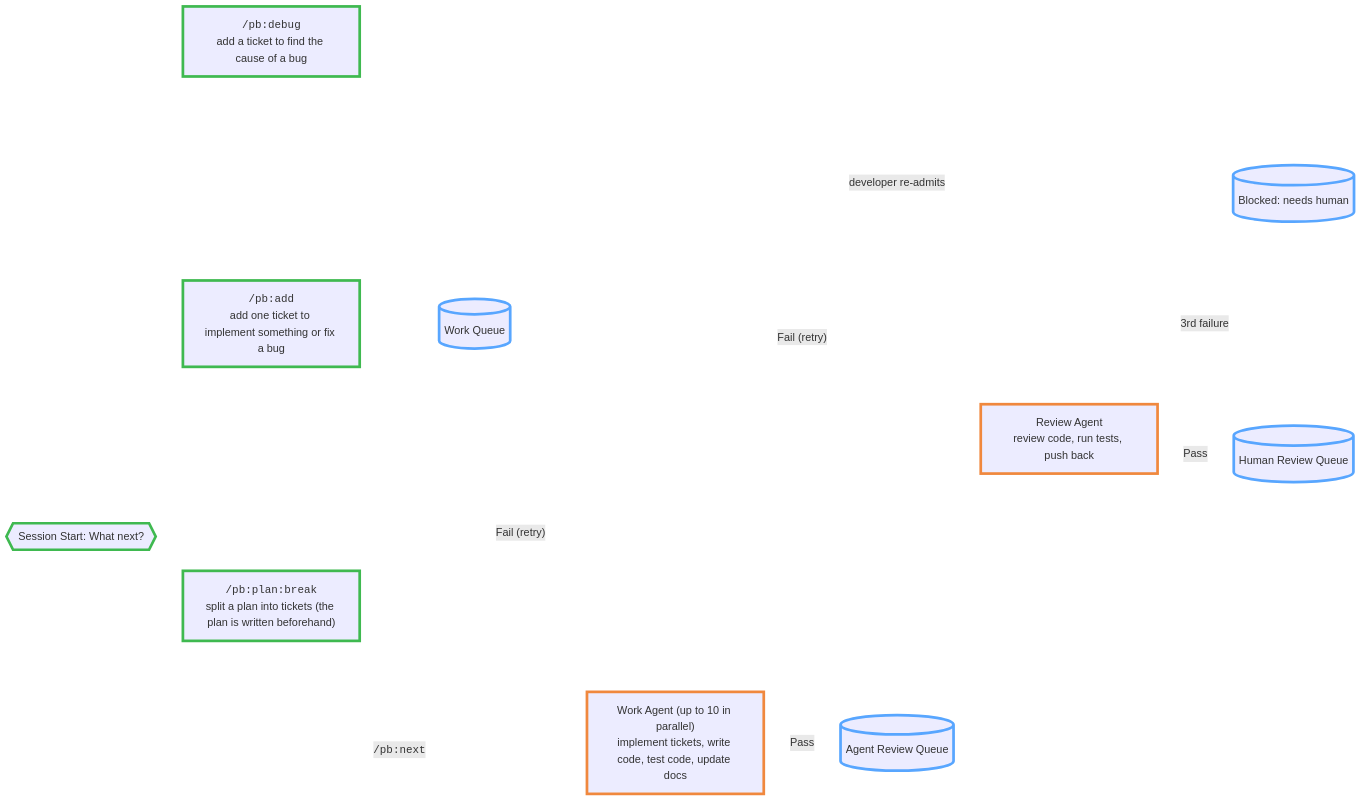
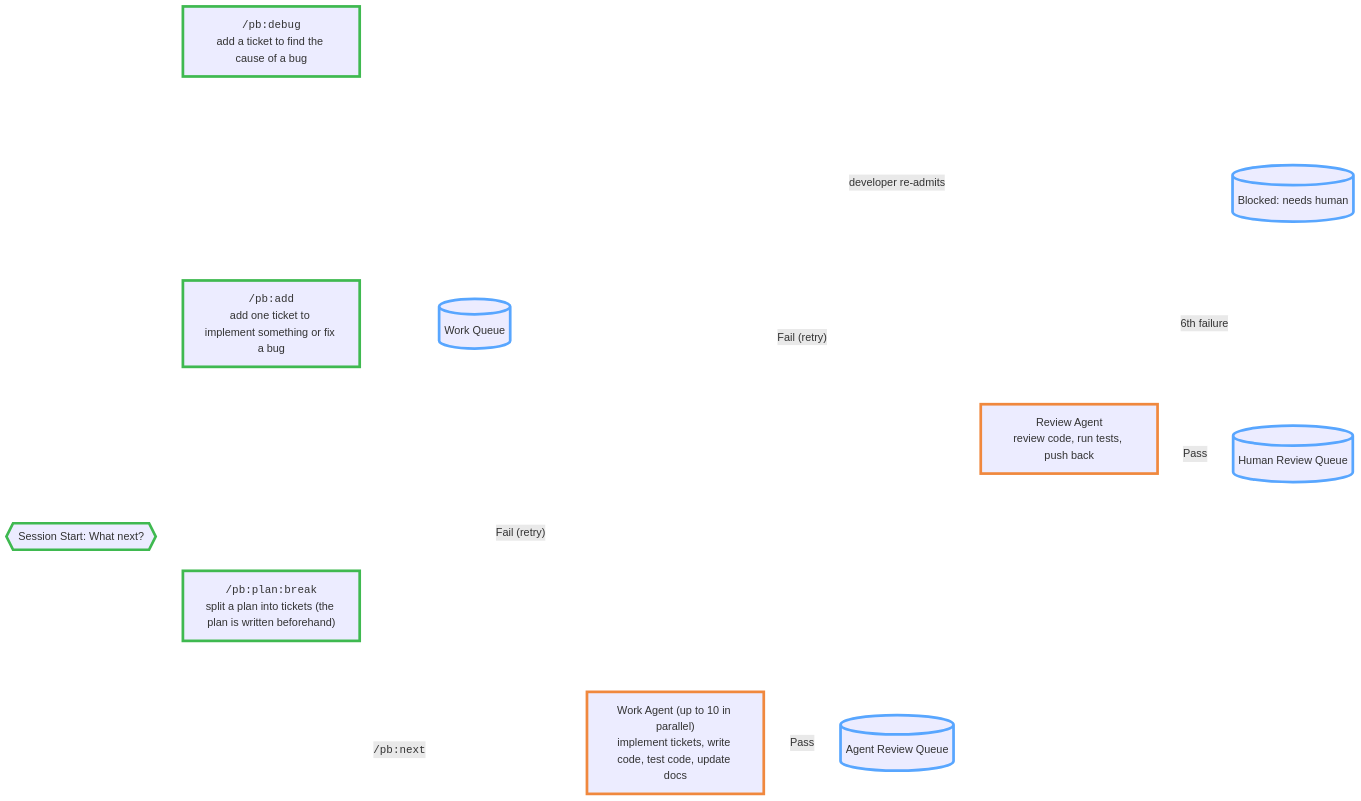
The diagram in images/handbook/pipeline-work-and-review.mmd (ashleydavis/playbook), drawn with Mermaid before and after one commit. The commit also changed 24 other files, not shown here.

```diff
--- a/images/handbook/pipeline-work-and-review.mmd
+++ b/images/handbook/pipeline-work-and-review.mmd
@@ -1,31 +1,31 @@
 %%{init: {'layout': 'dagre', 'flowchart': {'nodeSpacing': 300, 'rankSpacing': 40}, 'themeVariables': {'lineColor': '#ffffff'}, 'themeCSS': '.edgeLabel p { padding: 4px 8px; }'}}%%
 flowchart LR
     SESSION{{"Session Start: What next?"}} --> PLAN
     SESSION --> ADD_WI
     SESSION --> DEBUG
     SESSION -->|"<span style='font-family:monospace'>/pb:next</span>"| IMPL
 
     PLAN["<span style='font-family:monospace'>/pb:plan:break</span><br/>split a plan into tickets (the plan is written beforehand)"] --> WQ
     ADD_WI["<span style='font-family:monospace'>/pb:add</span><br/>add one ticket to implement something or fix a bug"] --> WQ
     DEBUG["<span style='font-family:monospace'>/pb:debug</span><br/>add a ticket to find the cause of a bug"] --> WQ
 
     WQ[("Work Queue")] --> IMPL
 
     IMPL["Work Agent (up to 10 in parallel)<br/>implement tickets, write code, test code, update docs"]
 
     CHK["Review Agent<br/>review code, run tests, push back"]
 
     IMPL -->|Pass| AR[("Agent Review Queue")]
     AR --> CHK
     CHK -->|"Fail (retry)"| WQ
-    CHK -->|"3rd failure"| BLK[("Blocked: needs human")]
+    CHK -->|"6th failure"| BLK[("Blocked: needs human")]
     CHK -->|Pass| HR[("Human Review Queue")]
     IMPL -->|"Fail (retry)"| WQ
     BLK -->|"developer re-admits"| WQ
     classDef queue stroke:#58a6ff,stroke-width:4px
     class WQ,AR,HR,BLK queue
     classDef human stroke:#3fb950,stroke-width:4px
     classDef agent stroke:#f0883e,stroke-width:4px
     class SESSION,PLAN,ADD_WI,DEBUG human
     class IMPL,CHK agent
     linkStyle default stroke:#ffffff,stroke-width:2px
```
